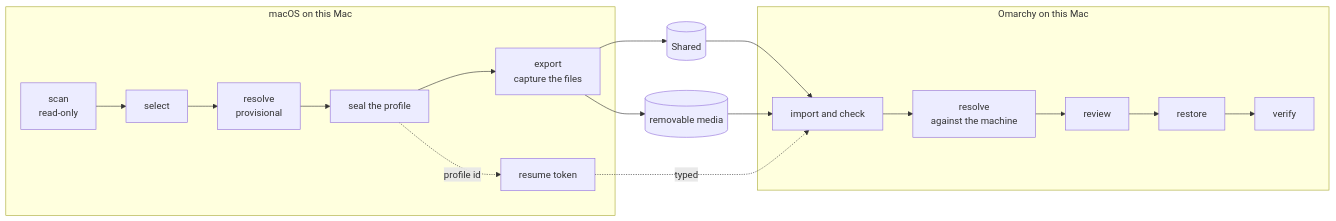
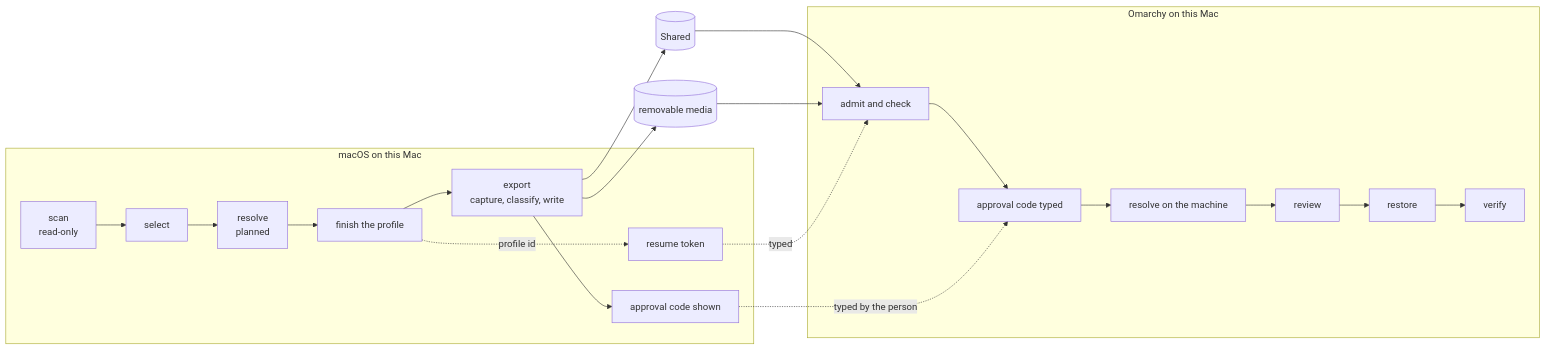
The diagram in docs/MIGRATION.md (scalinity/omarchy-mac-bootstrap), drawn with Mermaid before and after one commit. The commit also changed other lines of this file and 2 other files, not shown here.

````diff
--- a/docs/MIGRATION.md
+++ b/docs/MIGRATION.md
@@ -13,16 +14,18 @@
 ```mermaid
 flowchart LR
     subgraph macOS["macOS on this Mac"]
-        SC[scan<br/>read-only] --> SE[select] --> RV[resolve<br/>provisional] --> SL[seal the profile]
-        SL -. profile id .-> TK[resume token]
-        SL --> EX[export<br/>capture the files]
+        SC[scan<br/>read-only] --> SE[select] --> RV[resolve<br/>planned] --> FP[finish the profile]
+        FP -. profile id .-> TK[resume token]
+        FP --> EX[export<br/>capture, classify, write]
+        EX --> AC[approval code shown]
     end
     EX --> SH[(Shared)]
     EX --> RM[(removable media)]
     subgraph Linux["Omarchy on this Mac"]
-        IM[import and check] --> RA[resolve<br/>against the machine] --> RR[review] --> AP[restore] --> VF[verify]
+        IM[admit and check] --> AP[approval code typed] --> RA[resolve on the machine] --> RR[review] --> RS[restore] --> VF[verify]
     end
     SH --> IM
     RM --> IM
     TK -. typed .-> IM
+    AC -. typed by the person .-> AP
 ```
````
